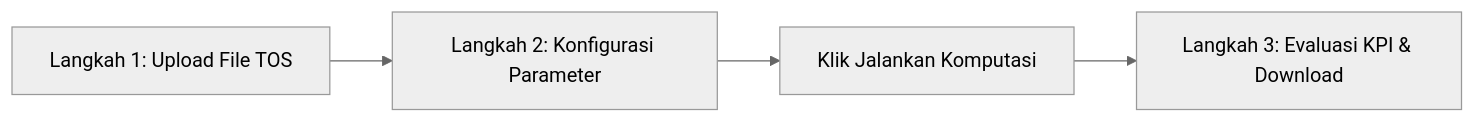
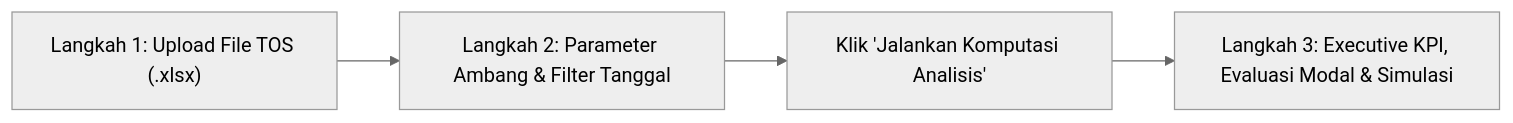
The first of 2 diagrams in README.md (ilhamwirayudha/CACATTL), drawn with Mermaid (neutral theme) before and after one commit. The commit also changed other lines of this file and 1 other file, not shown here.

````diff
--- a/README.md
+++ b/README.md
@@ -40,6 +44,6 @@
 ```mermaid
-graph LR
-    A[Langkah 1: Upload File TOS] --> B[Langkah 2: Konfigurasi Parameter]
-    B --> C[Klik Jalankan Komputasi]
-    C --> D[Langkah 3: Evaluasi KPI & Download]
+flowchart LR
+    Step1["Langkah 1: Upload File TOS (.xlsx)"] --> Step2["Langkah 2: Parameter Ambang & Filter Tanggal"]
+    Step2 --> Run["Klik 'Jalankan Komputasi Analisis'"]
+    Run --> Step3["Langkah 3: Executive KPI, Evaluasi Modal & Simulasi"]
 ```
````
